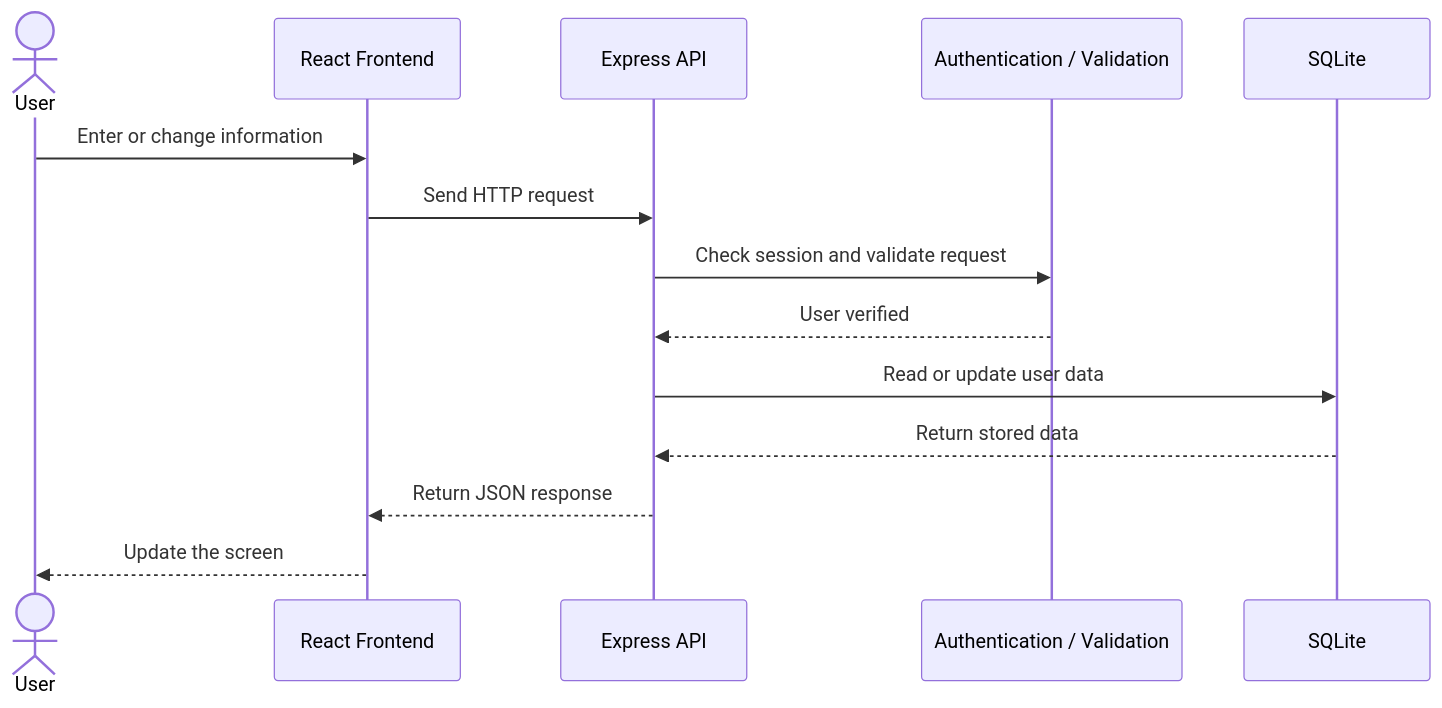
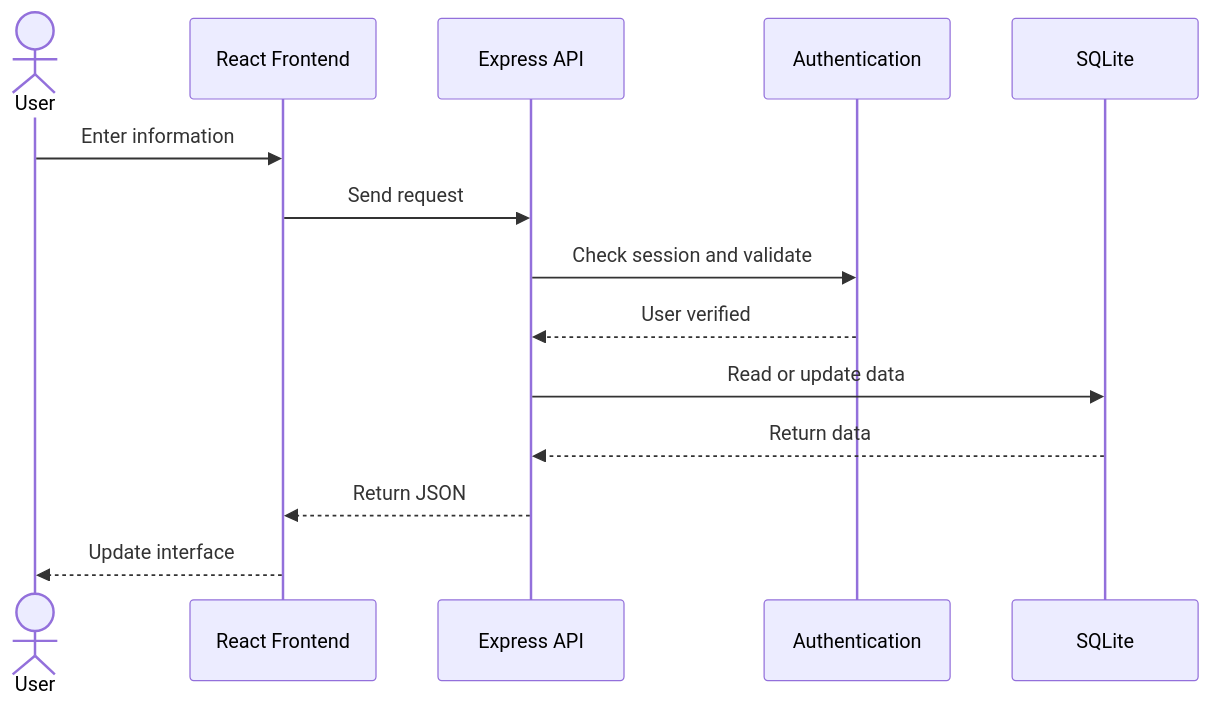
The third of 7 diagrams in README.md (kushalshrestha303-web/BalanceBoard), drawn with Mermaid before and after one commit. The commit also changed other lines of this file, not shown here.

````diff
--- a/README.md
+++ b/README.md
@@ -194,17 +186,17 @@
 ```mermaid
 sequenceDiagram
     actor User
     participant React as React Frontend
     participant API as Express API
-    participant Auth as Authentication / Validation
+    participant Auth as Authentication
     participant DB as SQLite
 
-    User->>React: Enter or change information
-    React->>API: Send HTTP request
-    API->>Auth: Check session and validate request
+    User->>React: Enter information
+    React->>API: Send request
+    API->>Auth: Check session and validate
     Auth-->>API: User verified
-    API->>DB: Read or update user data
-    DB-->>API: Return stored data
-    API-->>React: Return JSON response
-    React-->>User: Update the screen
+    API->>DB: Read or update data
+    DB-->>API: Return data
+    API-->>React: Return JSON
+    React-->>User: Update interface
 ```
````
